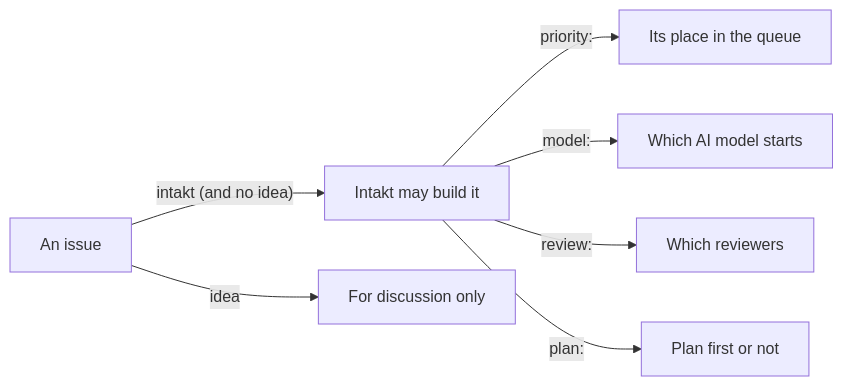
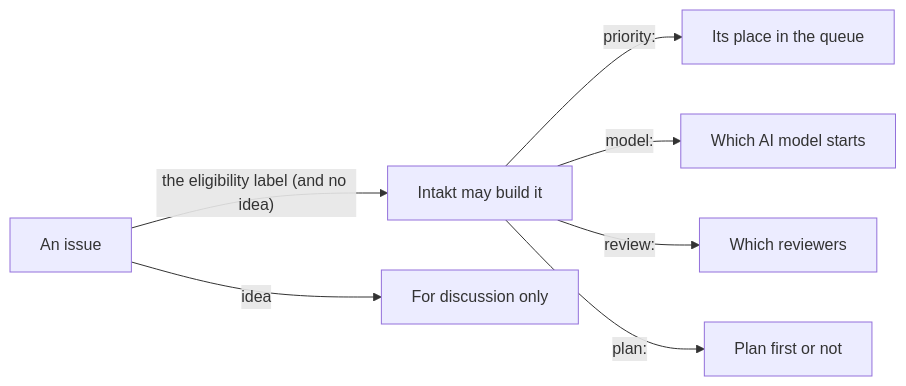
The diagram in docs/guide/steering-intakt.md (shinyredapples/intakt), drawn with Mermaid before and after one commit. The commit also changed 3 other files, not shown here.

````diff
--- a/docs/guide/steering-intakt.md
+++ b/docs/guide/steering-intakt.md
@@ -9,9 +9,9 @@
 ```mermaid
 flowchart LR
-  issue[An issue] -- "intakt (and no idea)" --> eligible[Intakt may build it]
+  issue[An issue] -- "the eligibility label (and no idea)" --> eligible[Intakt may build it]
   issue -- idea --> discussion[For discussion only]
   eligible -- "priority:" --> order[Its place in the queue]
   eligible -- "model:" --> tier[Which AI model starts]
   eligible -- "review:" --> panel[Which reviewers]
   eligible -- "plan:" --> plan[Plan first or not]
 ```
````
